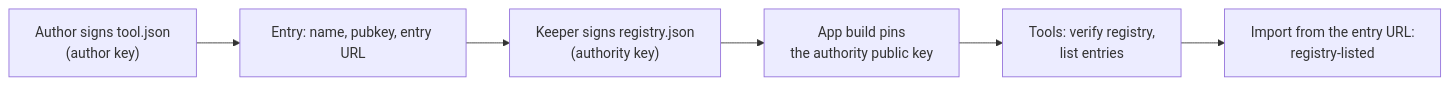
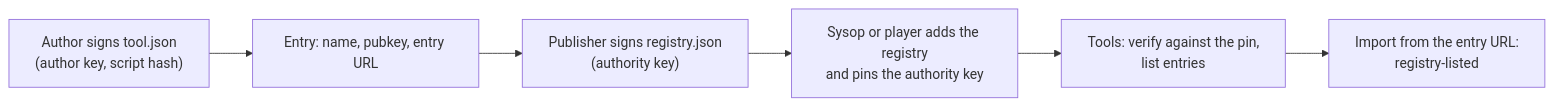
One commit to apachler/aprscaching changed the diagram in docs/contribute/tool-registry.md. Above: the diagram before and after it, drawn with Mermaid. The commit also changed other lines of this file and 51 other files, not shown here.

````diff
--- a/docs/contribute/tool-registry.md
+++ b/docs/contribute/tool-registry.md
@@ -14,8 +15,8 @@
 ```mermaid
 flowchart LR
-  A["Author signs tool.json<br/>(author key)"] --> E["Entry: name, pubkey, entry URL"]
-  E --> K["Keeper signs registry.json<br/>(authority key)"]
-  K --> B["App build pins<br/>the authority public key"]
-  B --> V["Tools: verify registry,<br/>list entries"]
+  A["Author signs tool.json<br/>(author key, script hash)"] --> E["Entry: name, pubkey, entry URL"]
+  E --> K["Publisher signs registry.json<br/>(authority key)"]
+  K --> P["Sysop or player adds the registry<br/>and pins the authority key"]
+  P --> V["Tools: verify against the pin,<br/>list entries"]
   V --> I["Import from the entry URL:<br/>registry-listed"]
 ```
````
